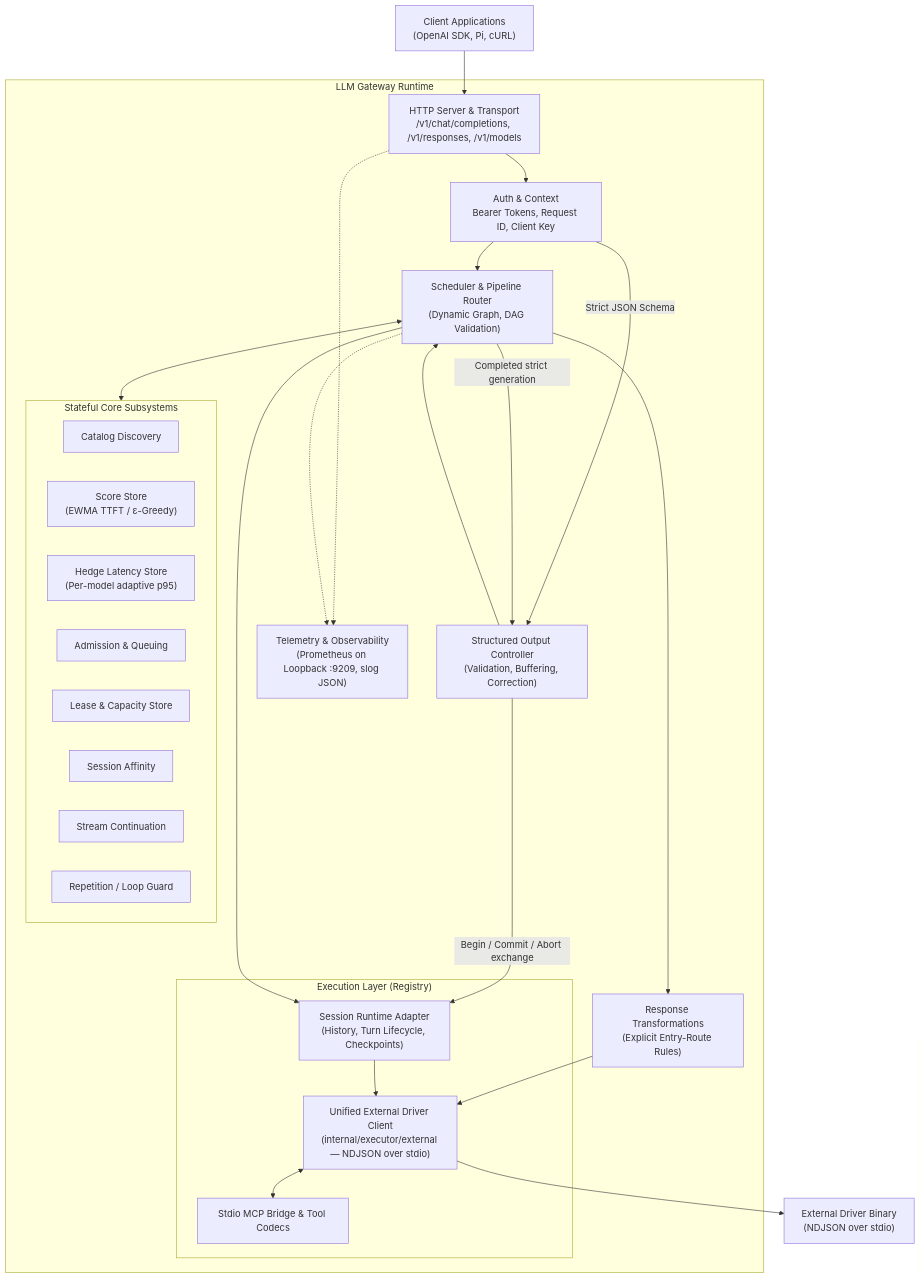
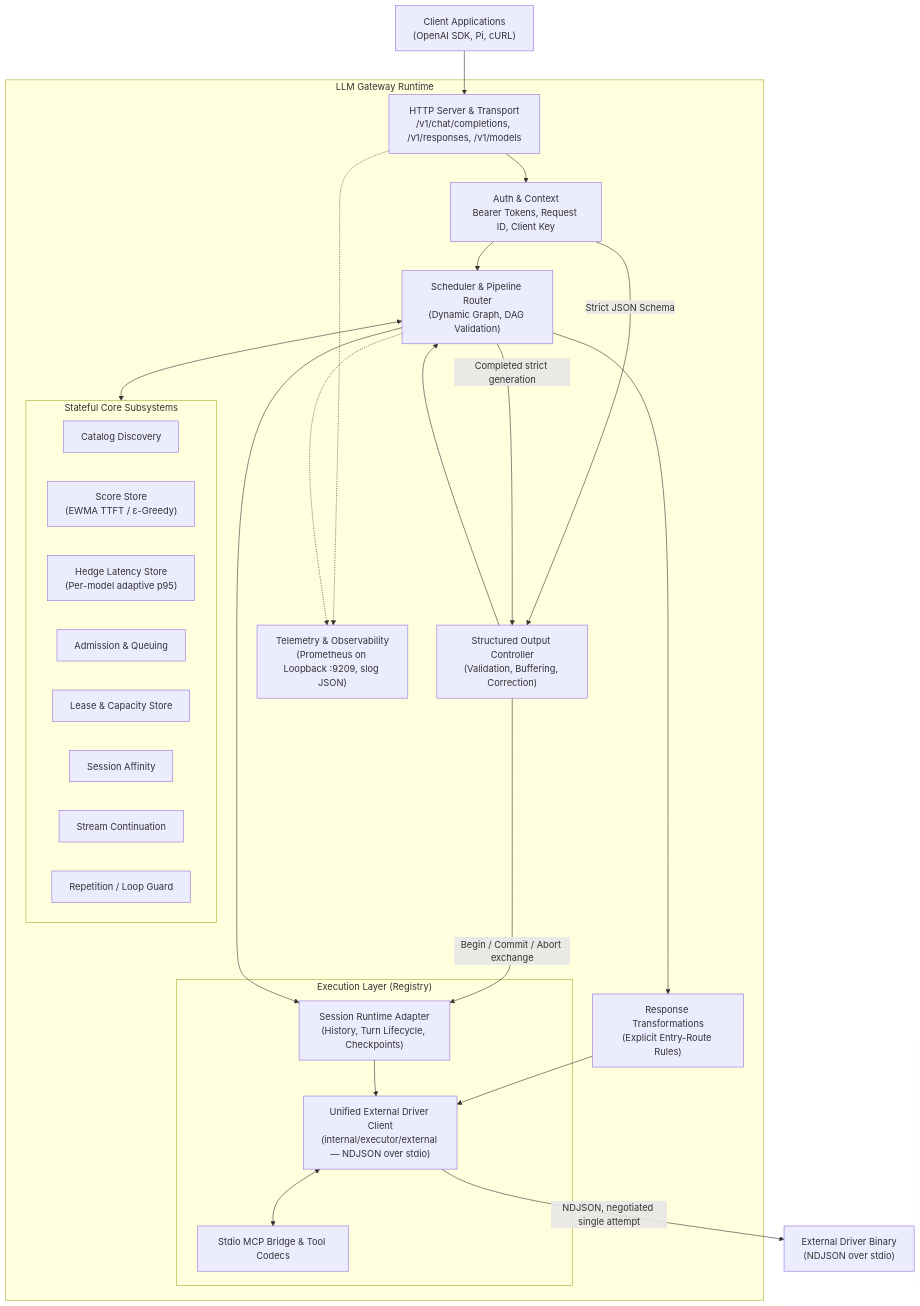
The first of 4 diagrams in ARCHITECTURE.md (mytecor/llm-gateway), drawn with Mermaid before and after one commit. The commit also changed other lines of this file and 56 other files, not shown here.

````diff
--- a/ARCHITECTURE.md
+++ b/ARCHITECTURE.md
@@ -11,53 +11,53 @@
 ```mermaid
 flowchart TD
     Client["Client Applications<br/>(OpenAI SDK, Pi, cURL)"]
     
     subgraph Gateway["LLM Gateway Runtime"]
         Server["HTTP Server & Transport<br/>/v1/chat/completions, /v1/responses, /v1/models"]
         Auth["Auth & Context<br/>Bearer Tokens, Request ID, Client Key"]
         
         Structured["Structured Output Controller<br/>(Validation, Buffering, Correction)"]
         Transform["Response Transformations<br/>(Explicit Entry-Route Rules)"]
         Scheduler["Scheduler & Pipeline Router<br/>(Dynamic Graph, DAG Validation)"]
         
         subgraph Subsystems["Stateful Core Subsystems"]
             Catalog["Catalog Discovery"]
             ScoreStore["Score Store<br/>(EWMA TTFT / ε-Greedy)"]
             HedgeLatency["Hedge Latency Store<br/>(Per-model adaptive p95)"]
             Admission["Admission & Queuing"]
             Lease["Lease & Capacity Store"]
             Affinity["Session Affinity"]
             Continue["Stream Continuation"]
             Repetition["Repetition / Loop Guard"]
         end
 
         subgraph Executors["Execution Layer (Registry)"]
             SessionExec["Session Runtime Adapter<br/>(History, Turn Lifecycle, Checkpoints)"]
             ExternalDriver["Unified External Driver Client<br/>(internal/executor/external — NDJSON over stdio)"]
             MCPSystem["Stdio MCP Bridge & Tool Codecs"]
         end
         
         Telemetry["Telemetry & Observability<br/>(Prometheus on Loopback :9209, slog JSON)"]
     end
 
     Driver["External Driver Binary<br/>(NDJSON over stdio)"]
 
     Client --> Server
     Server --> Auth
     Auth --> Scheduler
     Auth -->|Strict JSON Schema| Structured
     Structured --> Scheduler
     Scheduler -->|Completed strict generation| Structured
     Structured -->|Begin / Commit / Abort exchange| SessionExec
     Scheduler <--> Subsystems
     Scheduler --> Transform
     Transform --> ExternalDriver
     Scheduler --> SessionExec
     
     SessionExec --> ExternalDriver
     ExternalDriver <--> MCPSystem
-    ExternalDriver --> Driver
+    ExternalDriver -->|NDJSON, negotiated single attempt| Driver
     
     Server -.-> Telemetry
     Scheduler -.-> Telemetry
 ```
````
